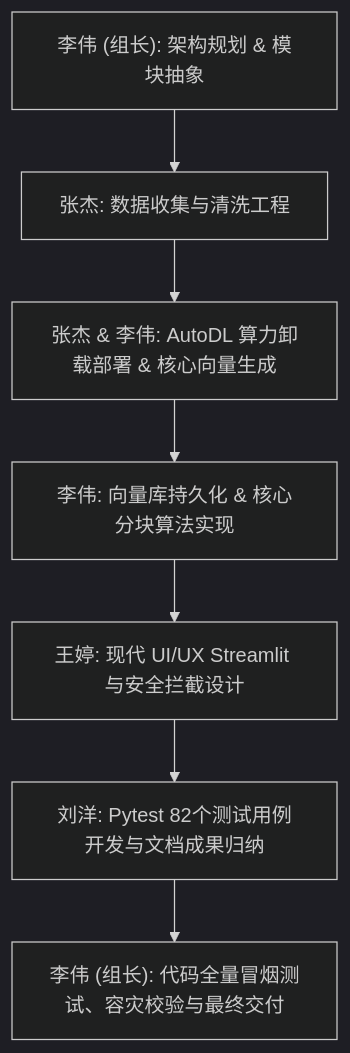
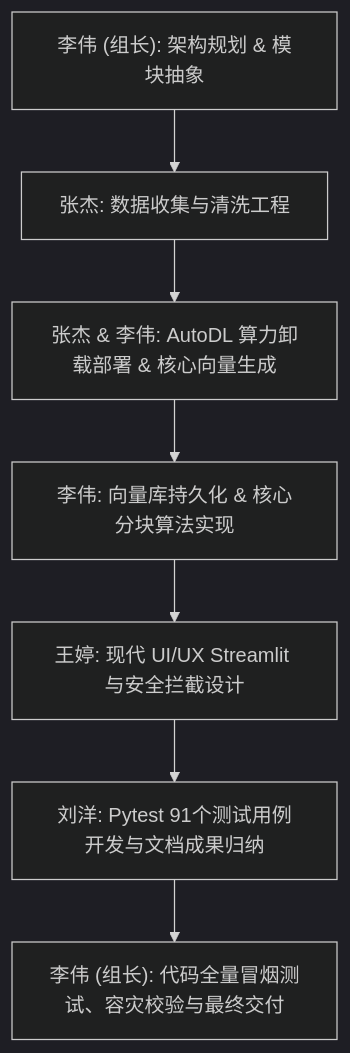
The diagram in final exam2/report/task_division.md (liwe123/Date-Analysis-Fanal-Exem), drawn with Mermaid (dark theme) before and after one commit. The commit also changed other lines of this file and 14 other files, not shown here.

````diff
--- a/final exam2/report/task_division.md
+++ b/final exam2/report/task_division.md
@@ -22,9 +22,9 @@
 ```mermaid
 graph TD
     A["李伟 (组长): 架构规划 & 模块抽象"] --> B["张杰: 数据收集与清洗工程"]
     B --> C["张杰 & 李伟: AutoDL 算力卸载部署 & 核心向量生成"]
     C --> D["李伟: 向量库持久化 & 核心分块算法实现"]
     D --> E["王婷: 现代 UI/UX Streamlit 与安全拦截设计"]
-    E --> F["刘洋: Pytest 82个测试用例开发与文档成果归纳"]
+    E --> F["刘洋: Pytest 91个测试用例开发与文档成果归纳"]
     F --> G["李伟 (组长): 代码全量冒烟测试、容灾校验与最终交付"]
 ```
````
